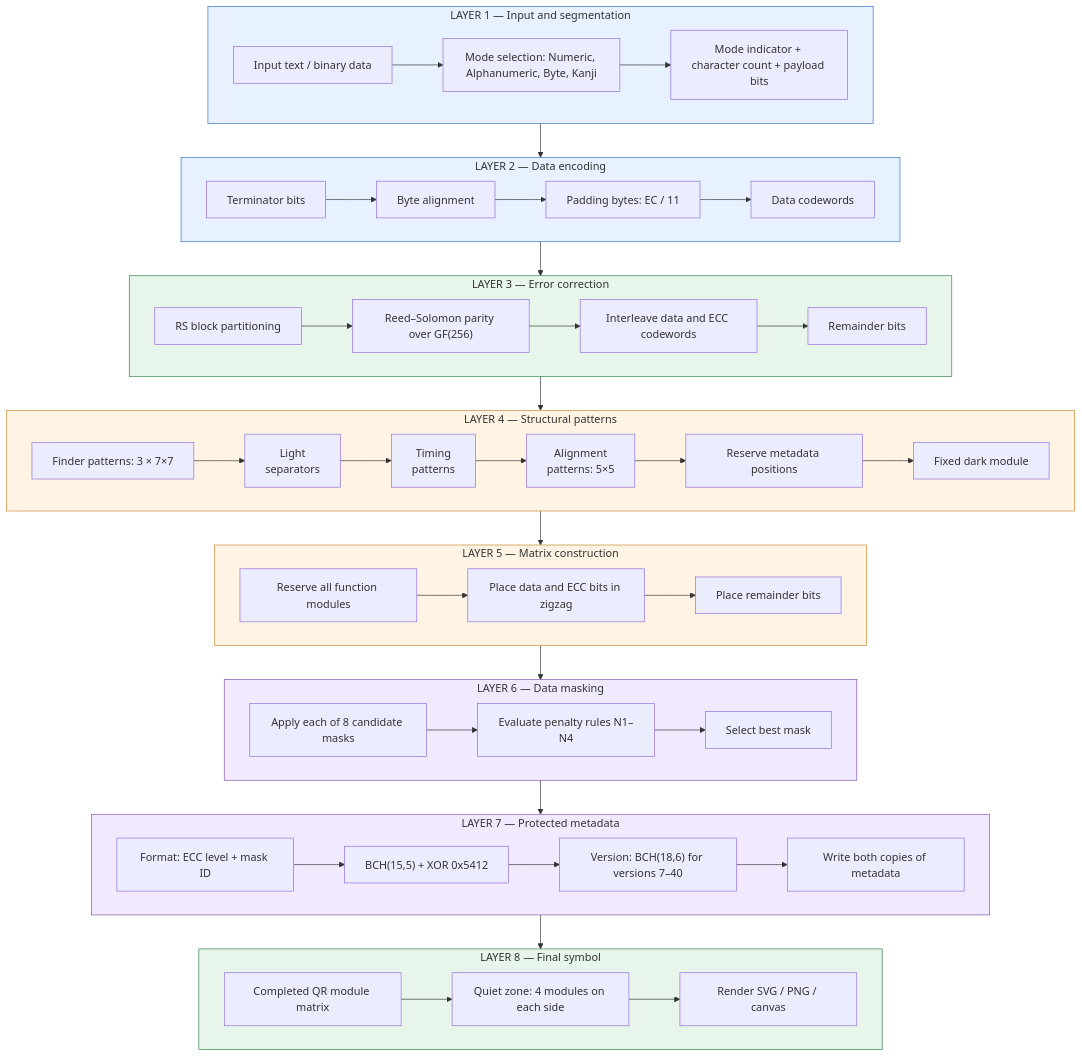
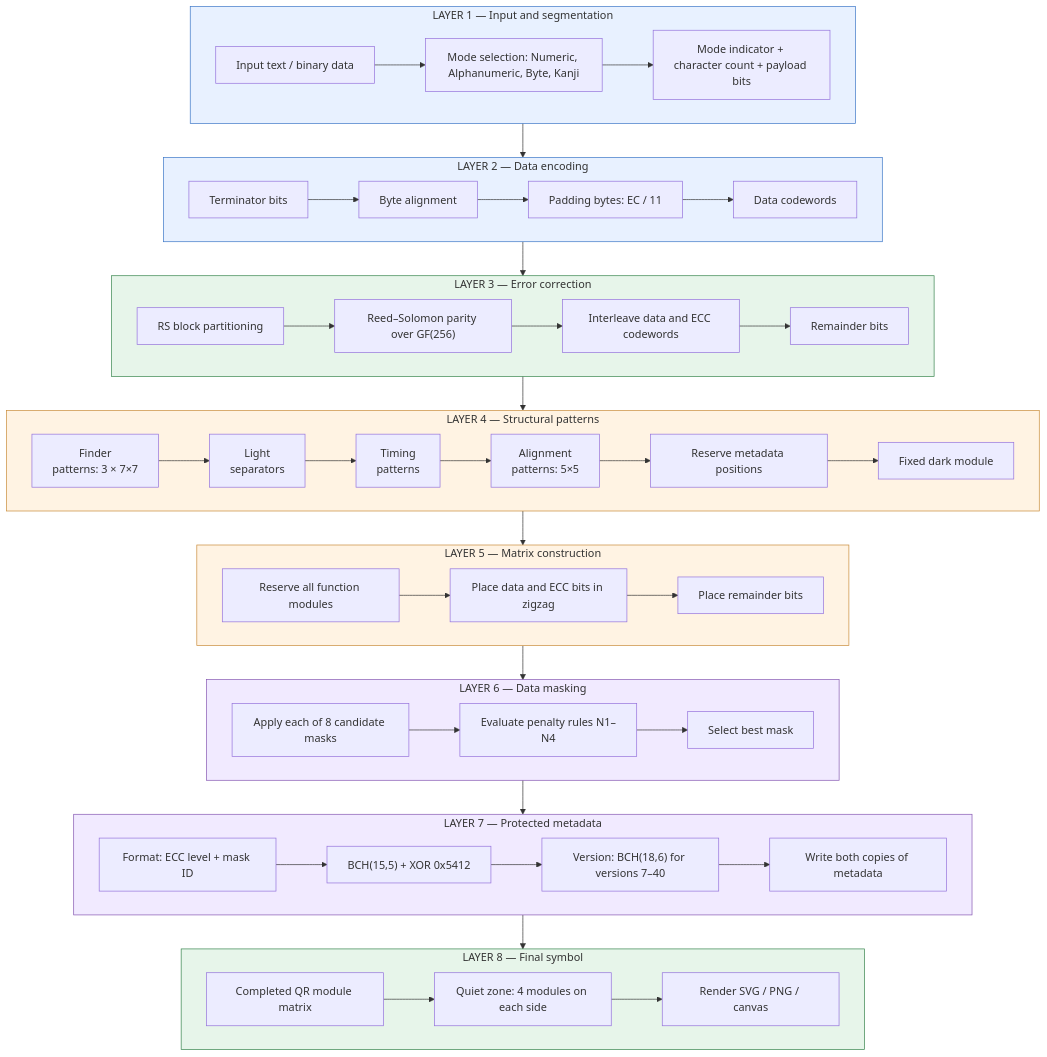
Before and after one commit to flyingzebra/QRgen: the diagram in README.md, drawn with Mermaid.

```diff
--- a/README.md
+++ b/README.md
@@ -41,7 +41,7 @@
 
     subgraph L4["LAYER 4 — Structural patterns"]
         direction LR
-        P1["Finder patterns: 3 × 7×7"]
+        P1["Finder\npatterns: 3 × 7×7"]
         P2["Light\nseparators"]
         P3["Timing\npatterns"]
         P4["Alignment\npatterns: 5×5"]
```
